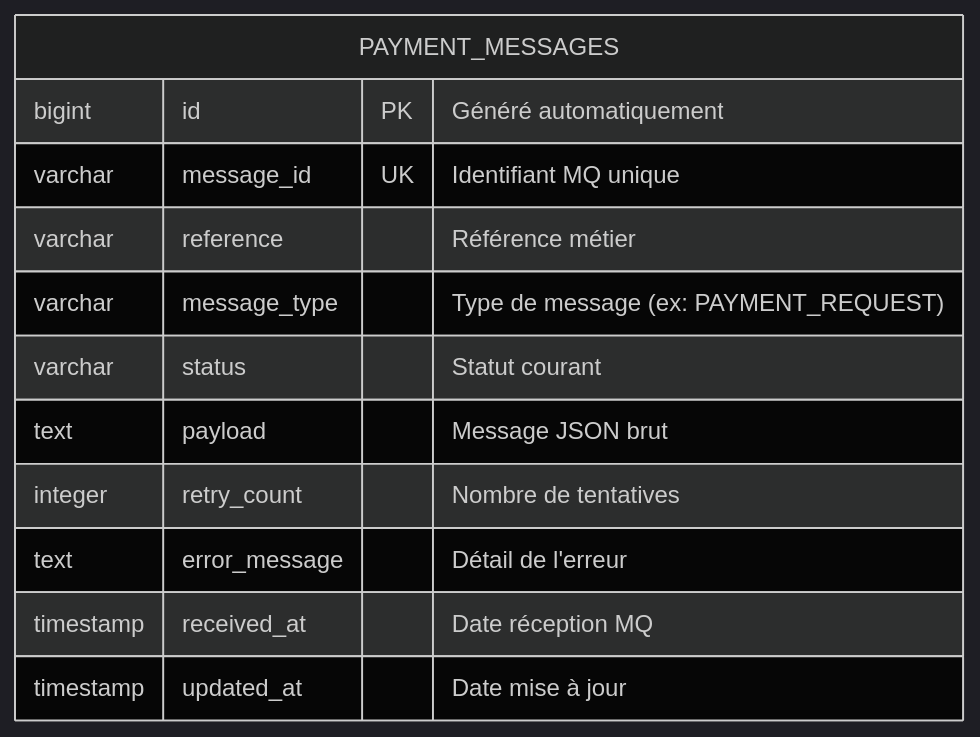
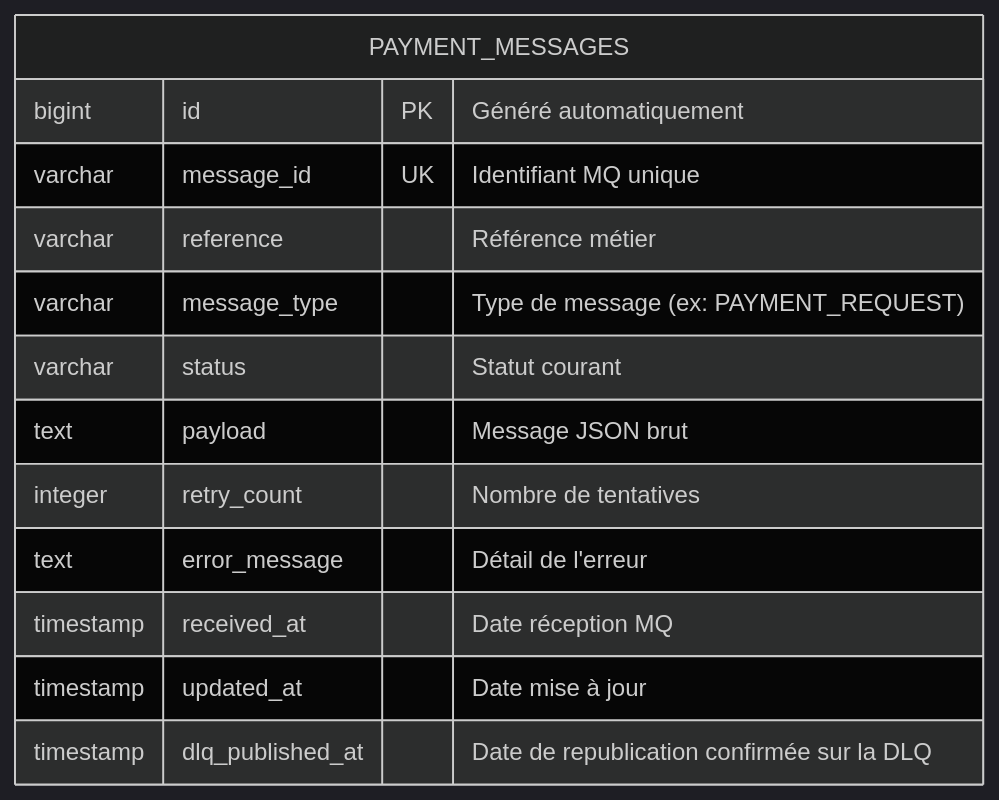
The diagram in docs/database/database-model.md (mouhamadoulo/payment-messages), drawn with Mermaid (dark theme) before and after one commit. The commit also changed other lines of this file and 22 other files, not shown here.

````diff
--- a/docs/database/database-model.md
+++ b/docs/database/database-model.md
@@ -5,15 +5,16 @@
 ```mermaid
 erDiagram
     PAYMENT_MESSAGES {
         bigint id PK "Généré automatiquement"
         varchar message_id UK "Identifiant MQ unique"
         varchar reference "Référence métier"
         varchar message_type "Type de message (ex: PAYMENT_REQUEST)"
         varchar status "Statut courant"
         text payload "Message JSON brut"
         integer retry_count "Nombre de tentatives"
         text error_message "Détail de l'erreur"
         timestamp received_at "Date réception MQ"
         timestamp updated_at "Date mise à jour"
+        timestamp dlq_published_at "Date de republication confirmée sur la DLQ"
     }
 ```
````
